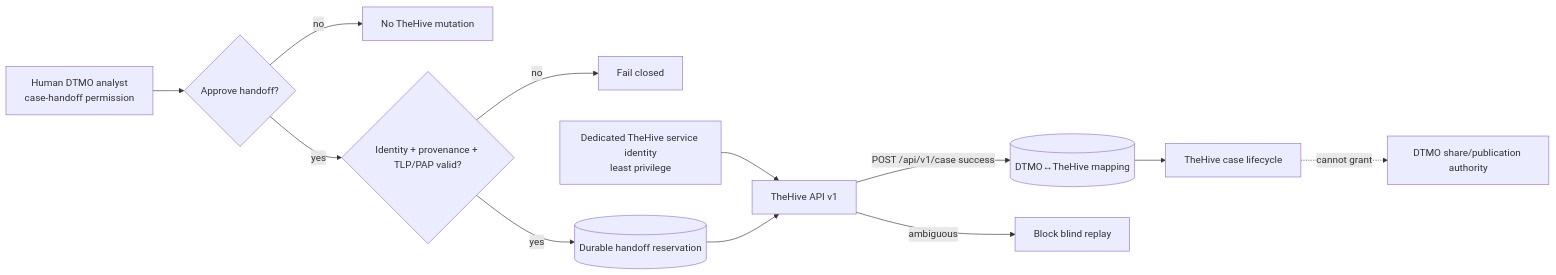
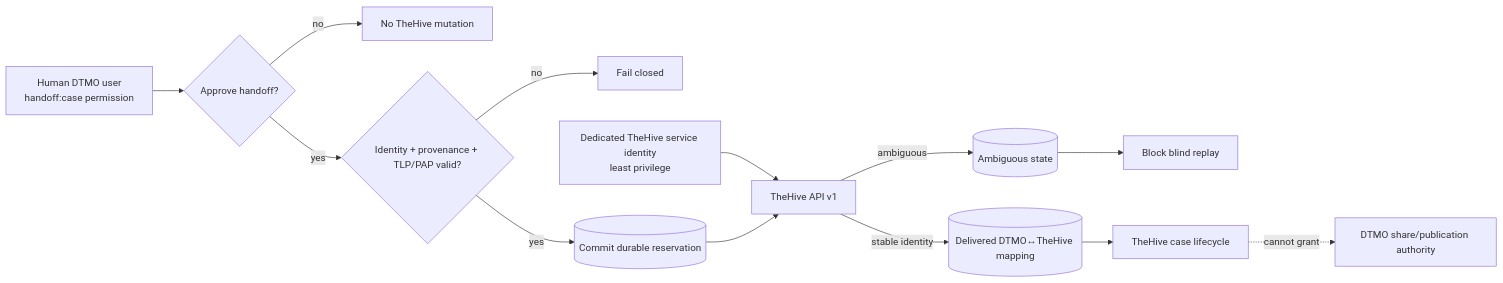
One commit to GJvManen/dtmo changed the diagram in docs/security/SECURITY_OVERVIEW.md. Above: the diagram before and after it, drawn with Mermaid. The commit also changed other lines of this file, not shown here.

Commit message:
Reconcile security overview for TheHive handoff implementation

````diff
--- a/docs/security/SECURITY_OVERVIEW.md
+++ b/docs/security/SECURITY_OVERVIEW.md
@@ -60,14 +65,15 @@
 ```mermaid
 flowchart LR
-    H[Human DTMO analyst\ncase-handoff permission] --> A{Approve handoff?}
+    H[Human DTMO user\nhandoff:case permission] --> A{Approve handoff?}
     A -->|no| N[No TheHive mutation]
     A -->|yes| V{Identity + provenance + TLP/PAP valid?}
     V -->|no| X[Fail closed]
-    V -->|yes| R[(Durable handoff reservation)]
+    V -->|yes| R[(Commit durable reservation)]
     I[Dedicated TheHive service identity\nleast privilege] --> C[TheHive API v1]
     R --> C
-    C -->|POST /api/v1/case success| M[(DTMO↔TheHive mapping)]
-    C -->|ambiguous| U[Block blind replay]
+    C -->|stable identity| M[(Delivered DTMO↔TheHive mapping)]
+    C -->|ambiguous| U[(Ambiguous state)]
+    U --> B[Block blind replay]
     M --> L[TheHive case lifecycle]
     L -. cannot grant .-> S[DTMO share/publication authority]
 ```
````
